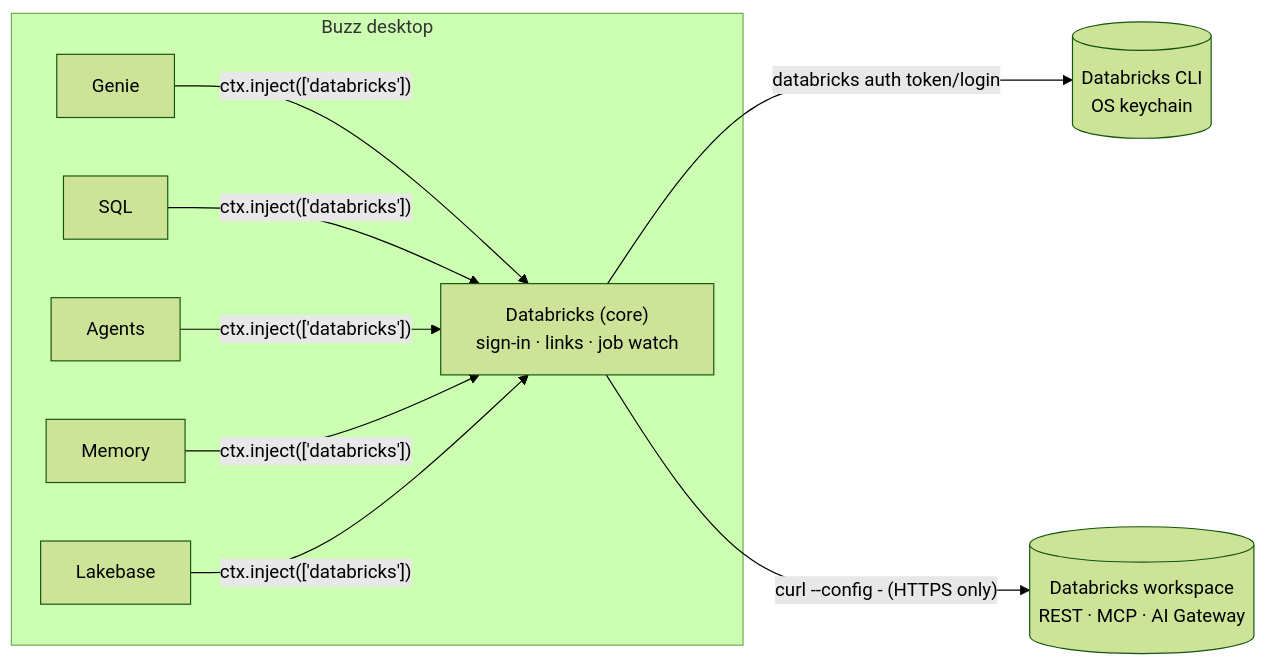
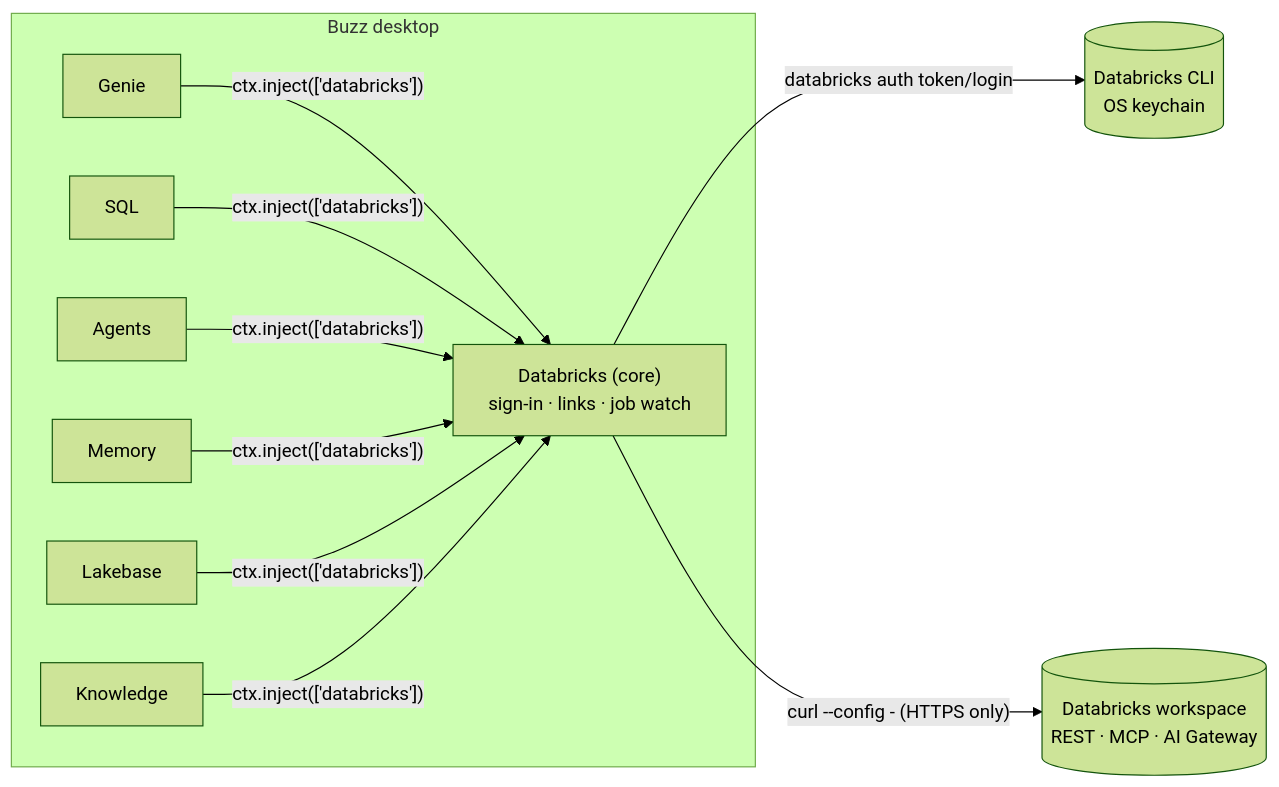
Before and after one commit to bkvarda/databricks-buzz-plugins: the diagram in docs/design.md, drawn with Mermaid (forest theme). The commit also changed other lines of this file and 57 other files, not shown here.

````diff
--- a/docs/design.md
+++ b/docs/design.md
@@ -5,14 +5,15 @@
 ```mermaid
 flowchart LR
   subgraph Buzz desktop
     core["Databricks (core)<br/>sign-in · links · job watch"]
     genie[Genie]
     sql[SQL]
     agents[Agents]
     memory[Memory]
     lakebase[Lakebase]
-    genie & sql & agents & memory & lakebase -- "ctx.inject(['databricks'])" --> core
+    knowledge[Knowledge]
+    genie & sql & agents & memory & lakebase & knowledge -- "ctx.inject(['databricks'])" --> core
   end
   core -- "databricks auth token/login" --> cli[(Databricks CLI<br/>OS keychain)]
   core -- "curl --config - (HTTPS only)" --> ws[(Databricks workspace<br/>REST · MCP · AI Gateway)]
 ```
````
